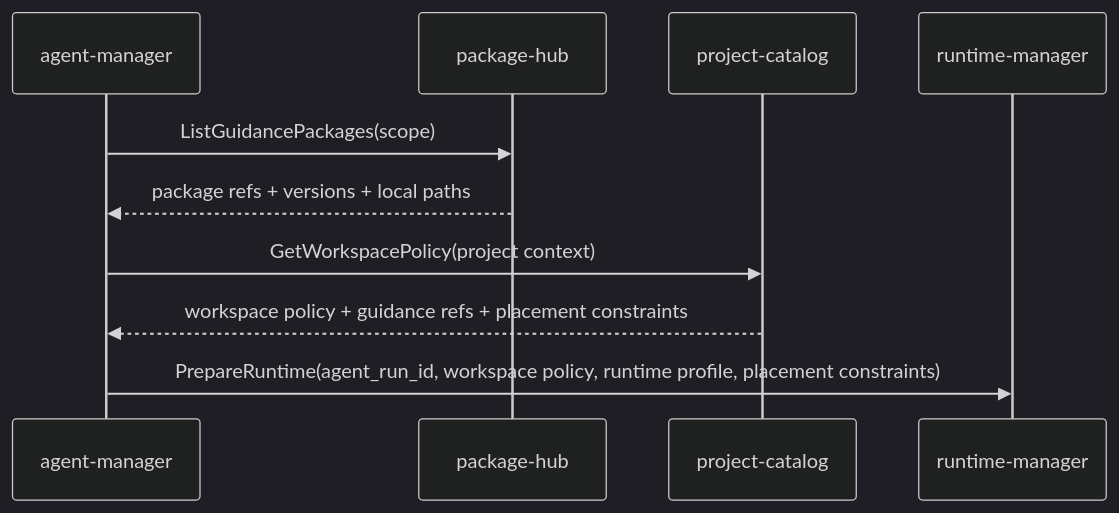
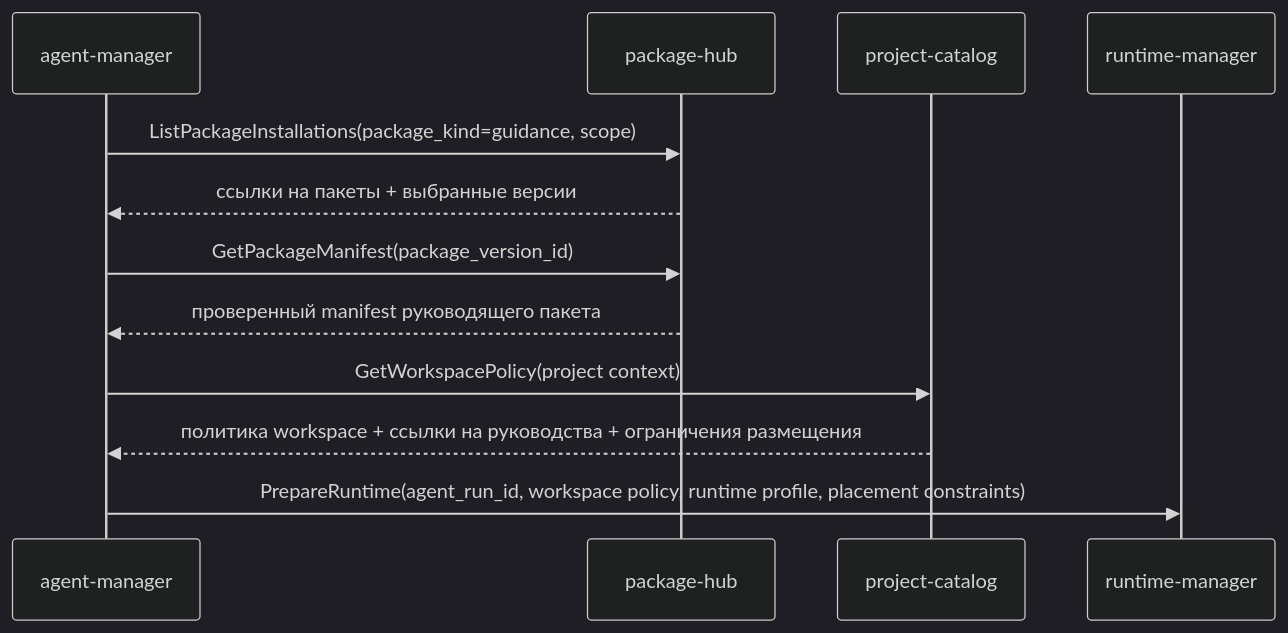
Before and after one commit to codex-k8s/kodex: the fifth of 5 diagrams in docs/domains/package-platform/architecture/design.md, drawn with Mermaid (dark theme). The commit also changed other lines of this file and 10 other files, not shown here.

Commit message:
Add guidance package read slice

````diff
--- a/docs/domains/package-platform/architecture/design.md
+++ b/docs/domains/package-platform/architecture/design.md
@@ -150,12 +150,14 @@
 ```mermaid
 sequenceDiagram
   participant AM as agent-manager
   participant P as package-hub
   participant PC as project-catalog
   participant R as runtime-manager
-  AM->>P: ListGuidancePackages(scope)
-  P-->>AM: package refs + versions + local paths
+  AM->>P: ListPackageInstallations(package_kind=guidance, scope)
+  P-->>AM: ссылки на пакеты + выбранные версии
+  AM->>P: GetPackageManifest(package_version_id)
+  P-->>AM: проверенный manifest руководящего пакета
   AM->>PC: GetWorkspacePolicy(project context)
-  PC-->>AM: workspace policy + guidance refs + placement constraints
+  PC-->>AM: политика workspace + ссылки на руководства + ограничения размещения
   AM->>R: PrepareRuntime(agent_run_id, workspace policy, runtime profile, placement constraints)
 ```
````
